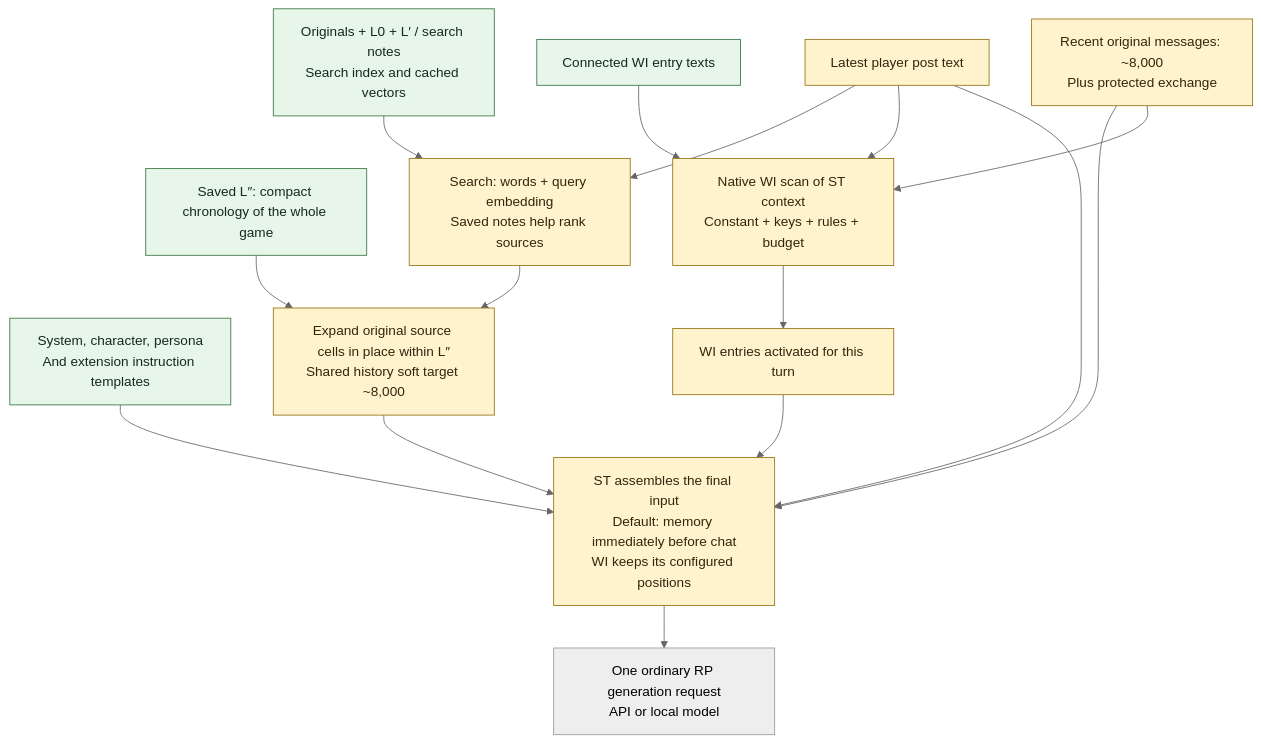
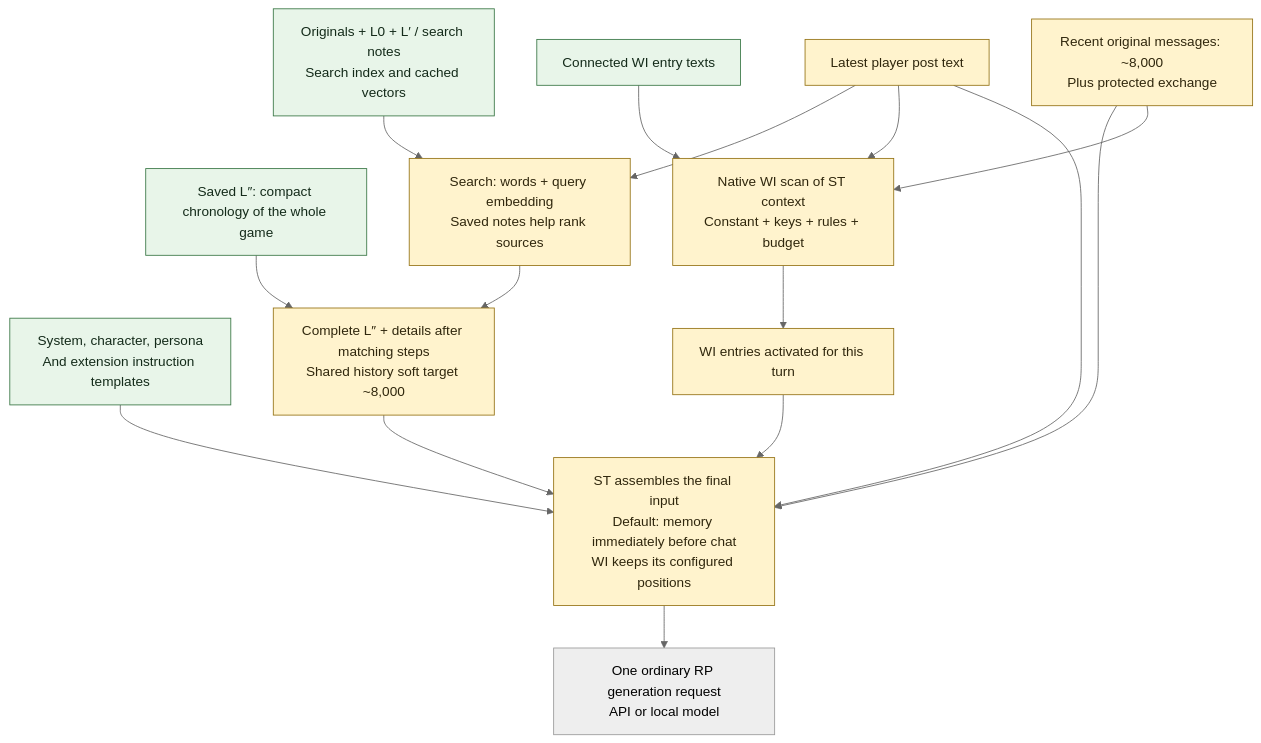
Before and after one commit to Ilya626/Extension-WorldMemory: the second of 2 diagrams in README.md, drawn with Mermaid (neutral theme). The commit also changed other lines of this file and 6 other files, not shown here.

Commit message:
Keep the complete story skeleton when adding retrieved details

````diff
--- a/README.md
+++ b/README.md
@@ -75,28 +75,28 @@
 ```mermaid
 flowchart TD
         C["System, character, persona<br/>And extension instruction templates"]
         I["Originals + L0 + L′ / search notes<br/>Search index and cached vectors"]
         J["Saved L″: compact chronology of the whole game"]
         W["Connected WI entry texts"]
         Q["Latest player post text"] --> R["Search: words + query embedding<br/>Saved notes help rank sources"]
-        R --> H["Expand original source cells in place within L″<br/>Shared history soft target ~8,000"]
+        R --> H["Complete L″ + details after matching steps<br/>Shared history soft target ~8,000"]
         J --> H
         T["Recent original messages: ~8,000<br/>Plus protected exchange"]
         S["Native WI scan of ST context<br/>Constant + keys + rules + budget"]
         S --> X["WI entries activated for this turn"]
         G["ST assembles the final input<br/>Default: memory immediately before chat<br/>WI keeps its configured positions"]
         H --> G
         T --> G
         X --> G
     I --> R
     W --> S
     Q --> S
     T --> S
     Q --> G
     C --> G
     G --> M["One ordinary RP generation request<br/>API or local model"]
     classDef saved fill:#e8f5e9,stroke:#387644,color:#142b1a;
     classDef rebuilt fill:#fff3cd,stroke:#947214,color:#30270d;
     class C,I,W,J saved;
     class Q,R,H,T,S,X,G rebuilt;
 ```
````
